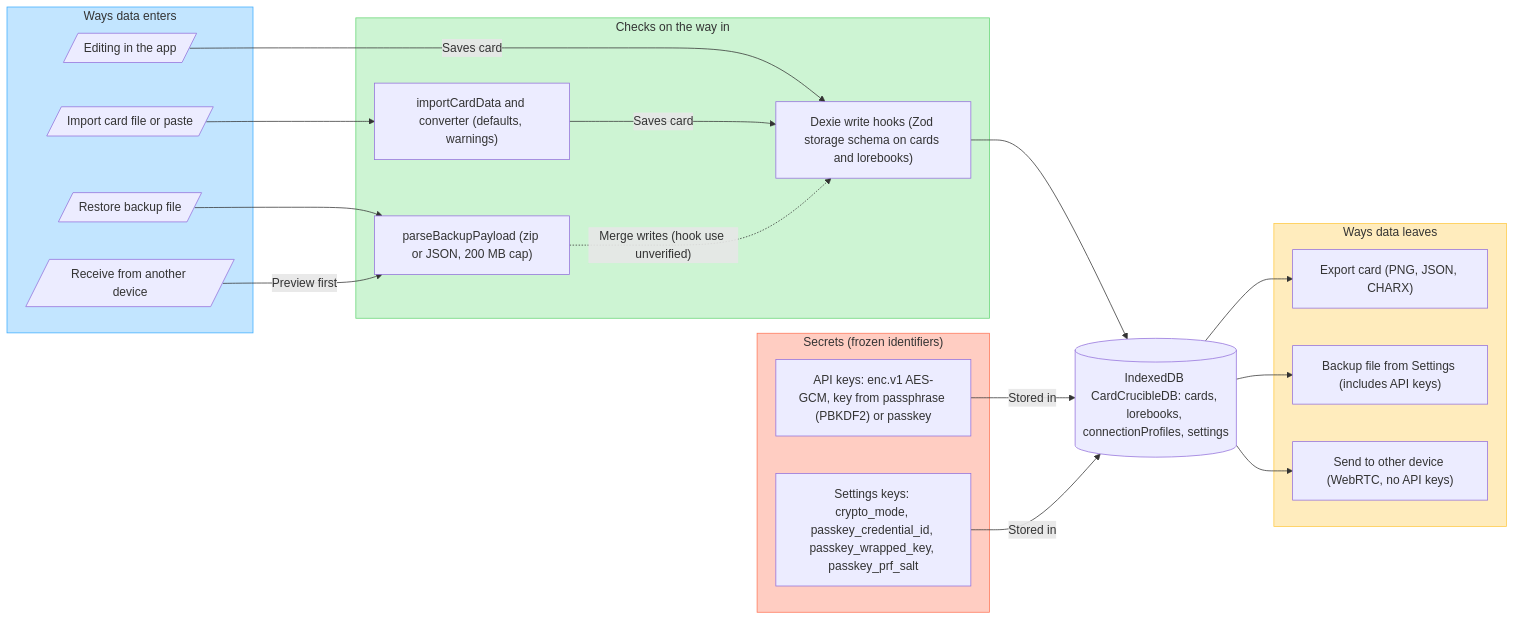
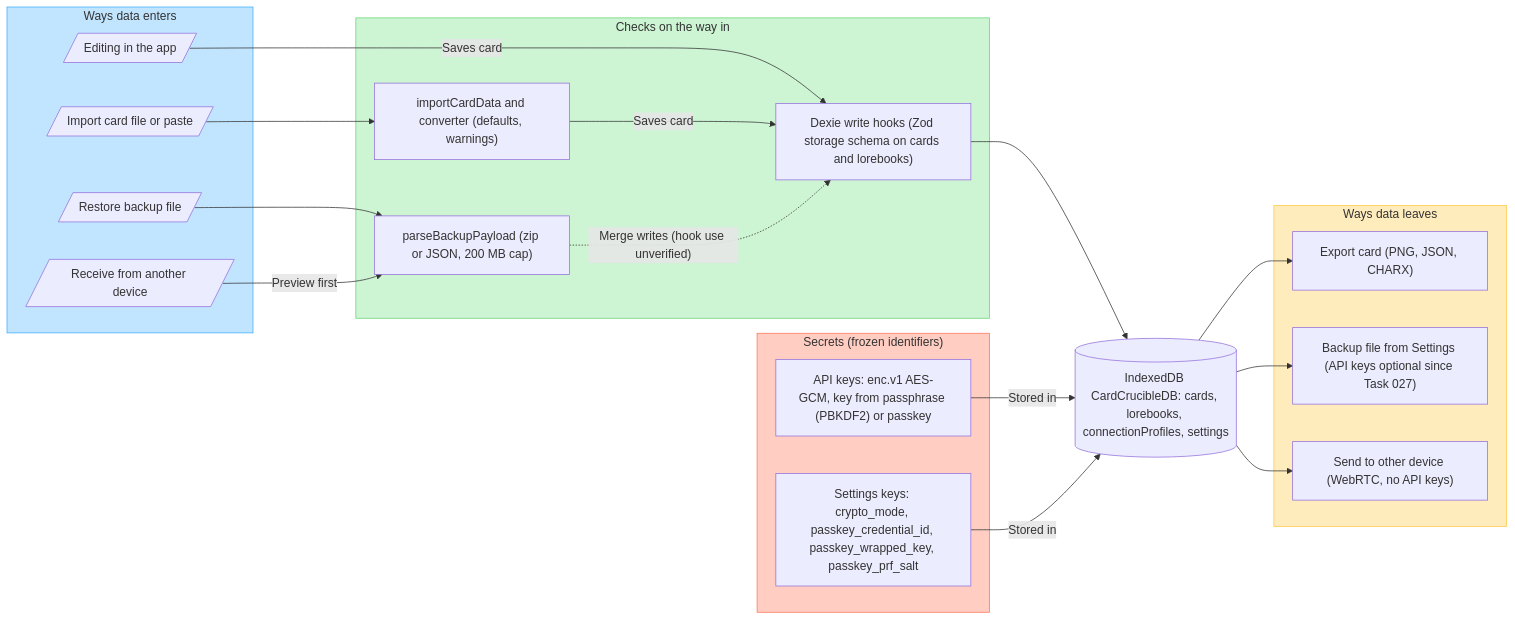
One commit to KarlMuzen/RoleplayForge changed the second of 3 diagrams in docs/ARCHITECTURE.md. Above: the diagram before and after it, drawn with Mermaid. The commit also changed other lines of this file and 2 other files, not shown here.

Commit message:
docs: sync state after card 031, close its bugs, add Assist header bug, refresh ARCHITECTURE

````diff
--- a/docs/ARCHITECTURE.md
+++ b/docs/ARCHITECTURE.md
@@ -73,42 +73,42 @@
 ```mermaid
 flowchart LR
     subgraph inputs ["Ways data enters"]
         edit[/"Editing in the app"/]
         imp[/"Import card file or paste"/]
         restore[/"Restore backup file"/]
         syncIn[/"Receive from another device"/]
     end
     subgraph guard ["Checks on the way in"]
         cardImport["importCardData and converter (defaults, warnings)"]
         backupParse["parseBackupPayload (zip or JSON, 200 MB cap)"]
         hooks["Dexie write hooks (Zod storage schema on cards and lorebooks)"]
     end
     dexie[("IndexedDB CardCrucibleDB: cards, lorebooks, connectionProfiles, settings")]
     subgraph secrets ["Secrets (frozen identifiers)"]
         vault["API keys: enc.v1 AES-GCM, key from passphrase (PBKDF2) or passkey"]
         vaultKeys["Settings keys: crypto_mode, passkey_credential_id, passkey_wrapped_key, passkey_prf_salt"]
     end
     subgraph outputs ["Ways data leaves"]
         exp["Export card (PNG, JSON, CHARX)"]
-        backupOut["Backup file from Settings (includes API keys)"]
+        backupOut["Backup file from Settings (API keys optional since Task 027)"]
         syncOut["Send to other device (WebRTC, no API keys)"]
     end
 
     edit -->|"Saves card"| hooks
     imp --> cardImport
     cardImport -->|"Saves card"| hooks
     restore --> backupParse
     syncIn -->|"Preview first"| backupParse
     backupParse -.->|"Merge writes (hook use unverified)"| hooks
     hooks --> dexie
     vault -->|"Stored in"| dexie
     vaultKeys -->|"Stored in"| dexie
     dexie --> exp
     dexie --> backupOut
     dexie --> syncOut
 
     style inputs fill:#C2E5FF,stroke:#3DADFF
     style guard fill:#CDF4D3,stroke:#66D575
     style secrets fill:#FFCDC2,stroke:#FF7556
     style outputs fill:#FFECBD,stroke:#FFC943
 ```
````
